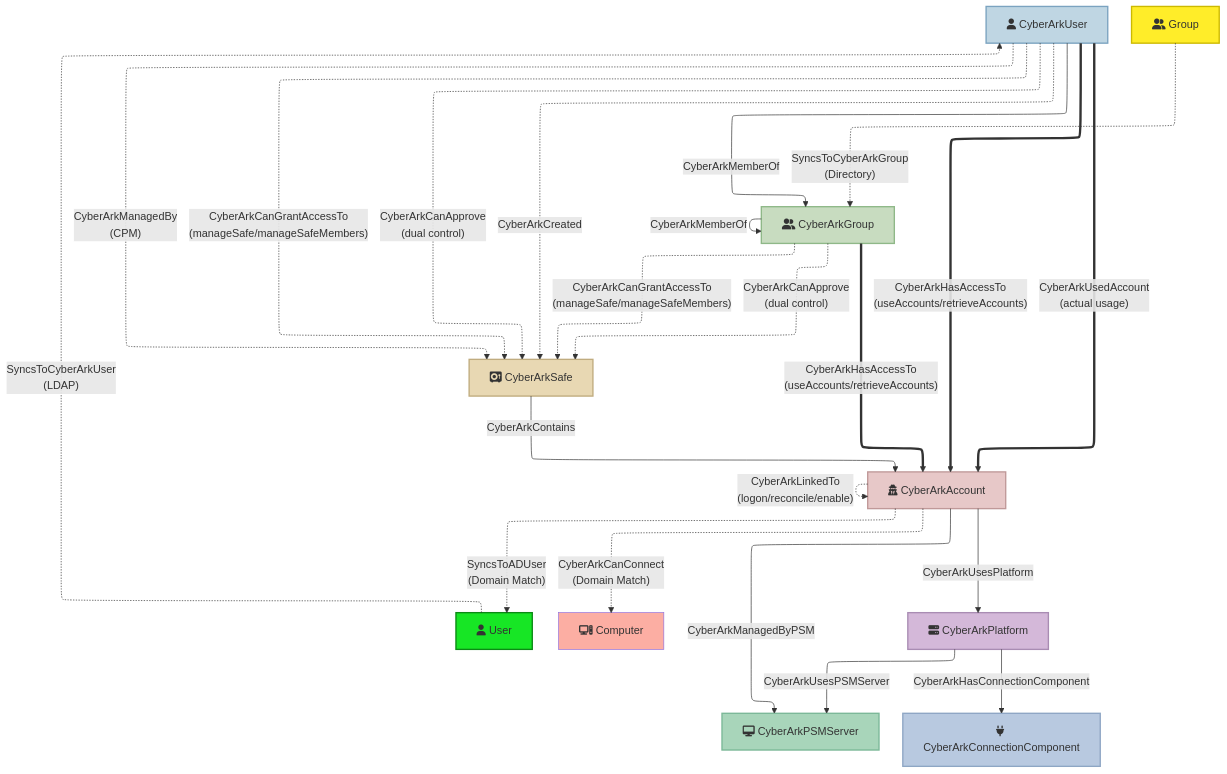
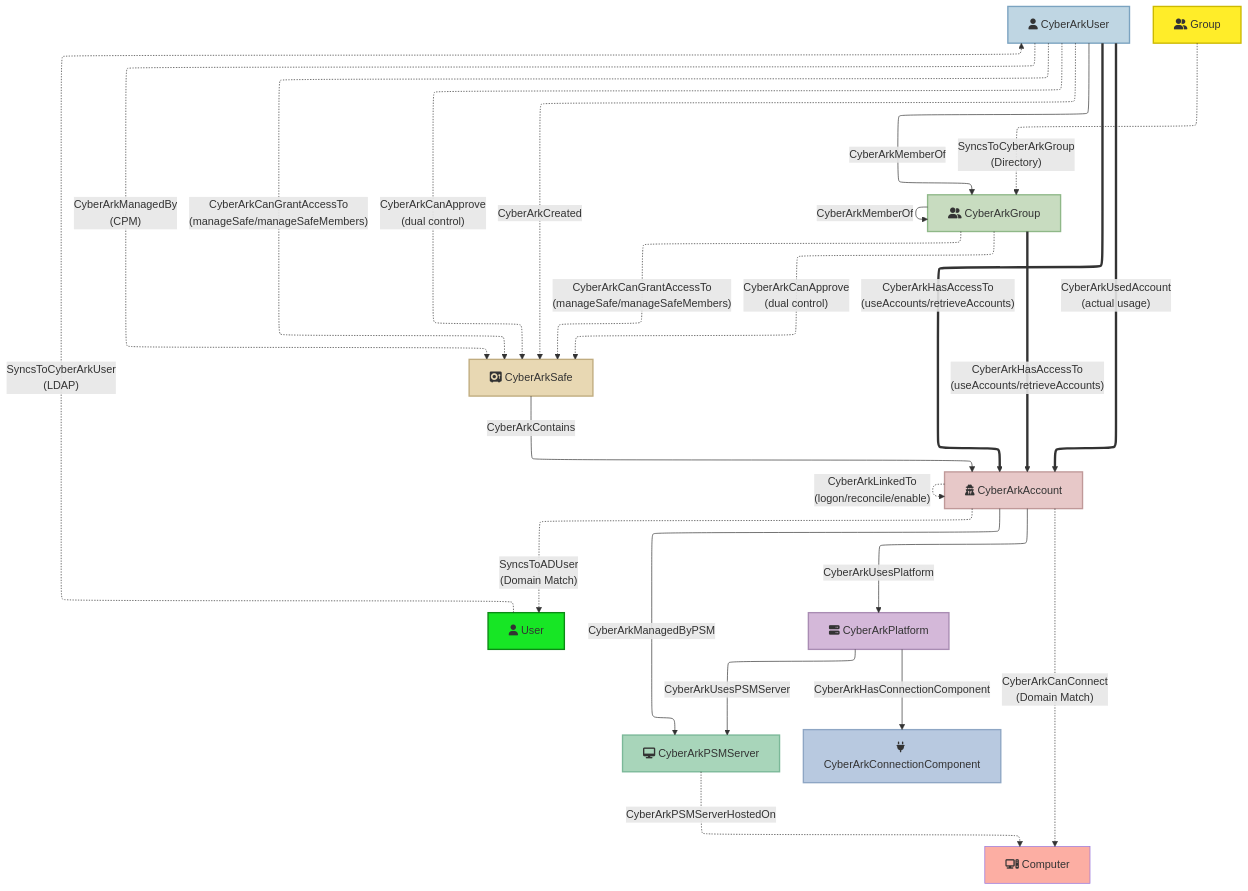
The diagram in README.md (jazofra/CyberArkHound), drawn with Mermaid before and after one commit. The commit also changed other lines of this file and 4 other files, not shown here.

````diff
--- a/README.md
+++ b/README.md
@@ -691,38 +696,39 @@
 ```mermaid
 ---
 config:
  layout: elk
 ---
 flowchart TD
  User["fa:fa-user User"] -. SyncsToCyberArkUser<br>(LDAP) .-> CyberArkUser["fa:fa-user CyberArkUser"]
  Group["fa:fa-user-group Group"] -. SyncsToCyberArkGroup<br>(Directory) .-> CyberArkGroup["fa:fa-user-group CyberArkGroup"]
  CyberArkAccount["fa:fa-user-secret CyberArkAccount"] -. SyncsToADUser<br>(Domain Match) .-> User
  CyberArkAccount -. CyberArkCanConnect<br>(Domain Match) .-> Computer["fa:fa-computer Computer"]
  CyberArkUser -- CyberArkMemberOf --> CyberArkGroup
  CyberArkGroup -- CyberArkMemberOf --> CyberArkGroup
  CyberArkUser == CyberArkHasAccessTo<br>(useAccounts/retrieveAccounts) ==> CyberArkAccount
  CyberArkGroup == CyberArkHasAccessTo<br>(useAccounts/retrieveAccounts) ==> CyberArkAccount
  CyberArkUser == CyberArkUsedAccount<br>(actual usage) ==> CyberArkAccount
  CyberArkUser -. CyberArkCanGrantAccessTo<br>(manageSafe/manageSafeMembers) .-> CyberArkSafe["fa:fa-vault CyberArkSafe"]
  CyberArkGroup -. CyberArkCanGrantAccessTo<br>(manageSafe/manageSafeMembers) .-> CyberArkSafe
  CyberArkUser -. CyberArkCanApprove<br>(dual control) .-> CyberArkSafe
  CyberArkGroup -. CyberArkCanApprove<br>(dual control) .-> CyberArkSafe
  CyberArkSafe -- CyberArkContains --> CyberArkAccount
  CyberArkUser -. CyberArkCreated .-> CyberArkSafe
  CyberArkUser -. CyberArkManagedBy<br>(CPM) .-> CyberArkSafe
  CyberArkAccount -. CyberArkLinkedTo<br>(logon/reconcile/enable) .-> CyberArkAccount
  CyberArkAccount -- CyberArkUsesPlatform --> CyberArkPlatform["fa:fa-server CyberArkPlatform"]
  CyberArkAccount -- CyberArkManagedByPSM --> CyberArkPSMServer["fa:fa-desktop CyberArkPSMServer"]
  CyberArkPlatform -- CyberArkUsesPSMServer --> CyberArkPSMServer
  CyberArkPlatform -- CyberArkHasConnectionComponent --> CyberArkConnectionComponent["fa:fa-plug CyberArkConnectionComponent"]
+ CyberArkPSMServer -. CyberArkPSMServerHostedOn .-> Computer
  style User fill:#17E625,stroke:#0B8A14,stroke-width:2px
  style Computer fill:#FCAEA3,stroke:DF7E71,stroke-widthg:2px
  style CyberArkUser fill:#BFD6E3,stroke:#7BA3C0,stroke-width:2px
  style Group fill:#FFED29,stroke:#CCB900,stroke-width:2px
  style CyberArkGroup fill:#C8DCC0,stroke:#8FB888,stroke-width:2px
  style CyberArkAccount fill:#E7C8C8,stroke:#C09999,stroke-width:2px
  style CyberArkSafe fill:#E8D8B3,stroke:#C0AC7F,stroke-width:2px
  style CyberArkPlatform fill:#D4B8D9,stroke:#A98CB3,stroke-width:2px
  style CyberArkPSMServer fill:#A8D5BA,stroke:#7BB898,stroke-width:2px
  style CyberArkConnectionComponent fill:#B8C9E0,stroke:#8EA6C4,stroke-width:2px
 ```
````
